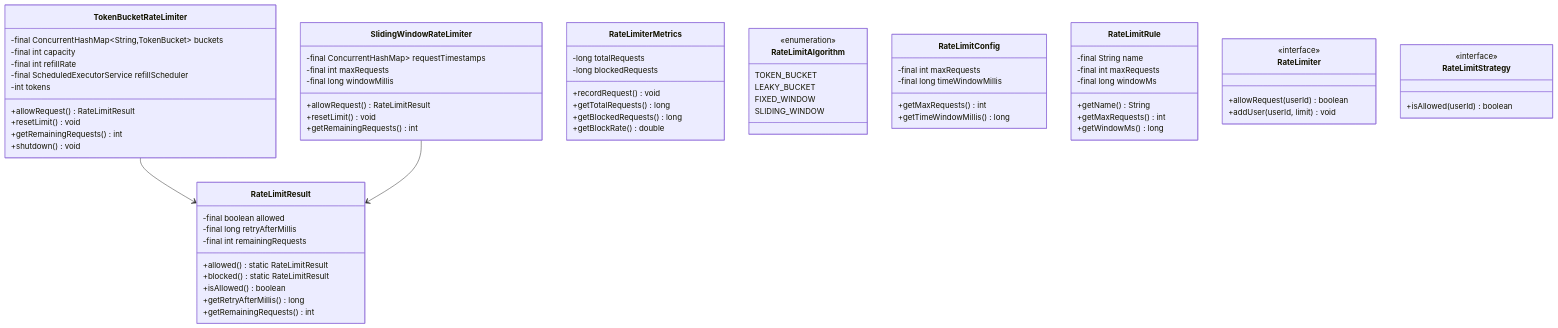
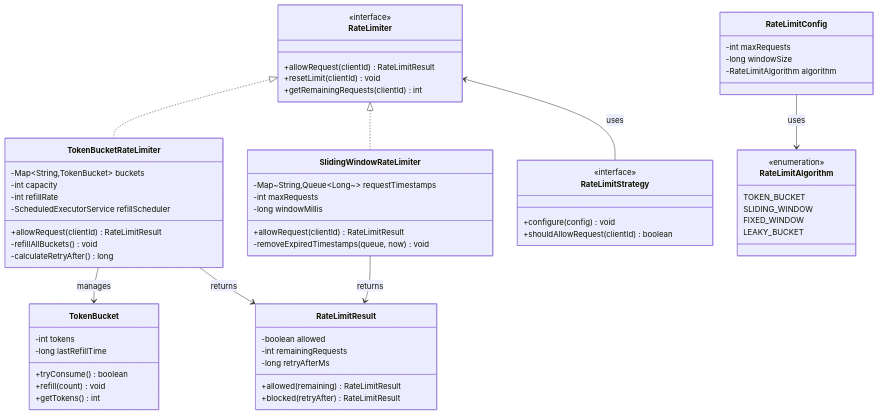
The diagram in docs/problems/ratelimiter/README.md (dlkr18/lld-playbook), drawn with Mermaid before and after one commit. The commit also changed other lines of this file and 306 other files, not shown here.

````diff
--- a/docs/problems/ratelimiter/README.md
+++ b/docs/problems/ratelimiter/README.md
@@ -92,82 +90,71 @@
 ```mermaid
 classDiagram
-
-    class SlidingWindowRateLimiter {
-        -final ConcurrentHashMap<String, Queue<Long>> requestTimestamps
-        -final int maxRequests
-        -final long windowMillis
-        +allowRequest() RateLimitResult
-        +resetLimit() void
-        +getRemainingRequests() int
+    class RateLimiter {
+        <<interface>>
+        +allowRequest(clientId) RateLimitResult
+        +resetLimit(clientId) void
+        +getRemainingRequests(clientId) int
     }
 
     class TokenBucketRateLimiter {
-        -final ConcurrentHashMap~String,TokenBucket~ buckets
-        -final int capacity
-        -final int refillRate
-        -final ScheduledExecutorService refillScheduler
-        -int tokens
-        +allowRequest() RateLimitResult
-        +resetLimit() void
-        +getRemainingRequests() int
-        +shutdown() void
+        -Map~String,TokenBucket~ buckets
+        -int capacity
+        -int refillRate
+        -ScheduledExecutorService refillScheduler
+        +allowRequest(clientId) RateLimitResult
+        -refillAllBuckets() void
+        -calculateRetryAfter() long
     }
 
-    class RateLimiterMetrics {
-        -long totalRequests
-        -long blockedRequests
-        +recordRequest() void
-        +getTotalRequests() long
-        +getBlockedRequests() long
-        +getBlockRate() double
+    class SlidingWindowRateLimiter {
+        -Map~String,Queue~Long~~ requestTimestamps
+        -int maxRequests
+        -long windowMillis
+        +allowRequest(clientId) RateLimitResult
+        -removeExpiredTimestamps(queue, now) void
+    }
+
+    class TokenBucket {
+        -int tokens
+        -long lastRefillTime
+        +tryConsume() boolean
+        +refill(count) void
+        +getTokens() int
+    }
+
+    class RateLimitResult {
+        -boolean allowed
+        -int remainingRequests
+        -long retryAfterMs
+        +allowed(remaining) RateLimitResult
+        +blocked(retryAfter) RateLimitResult
+    }
+
+    class RateLimitConfig {
+        -int maxRequests
+        -long windowSize
+        -RateLimitAlgorithm algorithm
     }
 
     class RateLimitAlgorithm {
         <<enumeration>>
         TOKEN_BUCKET
+        SLIDING_WINDOW
+        FIXED_WINDOW
         LEAKY_BUCKET
-        FIXED_WINDOW
-        SLIDING_WINDOW
-    }
-
-    class RateLimitResult {
-        -final boolean allowed
-        -final long retryAfterMillis
-        -final int remainingRequests
-        +allowed() static RateLimitResult
-        +blocked() static RateLimitResult
-        +isAllowed() boolean
-        +getRetryAfterMillis() long
-        +getRemainingRequests() int
-    }
-
-    class RateLimitConfig {
-        -final int maxRequests
-        -final long timeWindowMillis
-        +getMaxRequests() int
-        +getTimeWindowMillis() long
-    }
-
-    class RateLimitRule {
-        -final String name
-        -final int maxRequests
-        -final long windowMs
-        +getName() String
-        +getMaxRequests() int
-        +getWindowMs() long
-    }
-
-    class RateLimiter {
-        <<interface>>
-        +allowRequest(userId) boolean
-        +addUser(userId, limit) void
     }
 
     class RateLimitStrategy {
         <<interface>>
-        +isAllowed(userId) boolean
+        +configure(config) void
+        +shouldAllowRequest(clientId) boolean
     }
 
-    TokenBucketRateLimiter --> RateLimitResult
-    SlidingWindowRateLimiter --> RateLimitResult
+    RateLimiter <|.. TokenBucketRateLimiter
+    RateLimiter <|.. SlidingWindowRateLimiter
+    TokenBucketRateLimiter --> TokenBucket : manages
+    TokenBucketRateLimiter --> RateLimitResult : returns
+    SlidingWindowRateLimiter --> RateLimitResult : returns
+    RateLimitConfig --> RateLimitAlgorithm : uses
+    RateLimiter <-- RateLimitStrategy : uses
 ```
````
